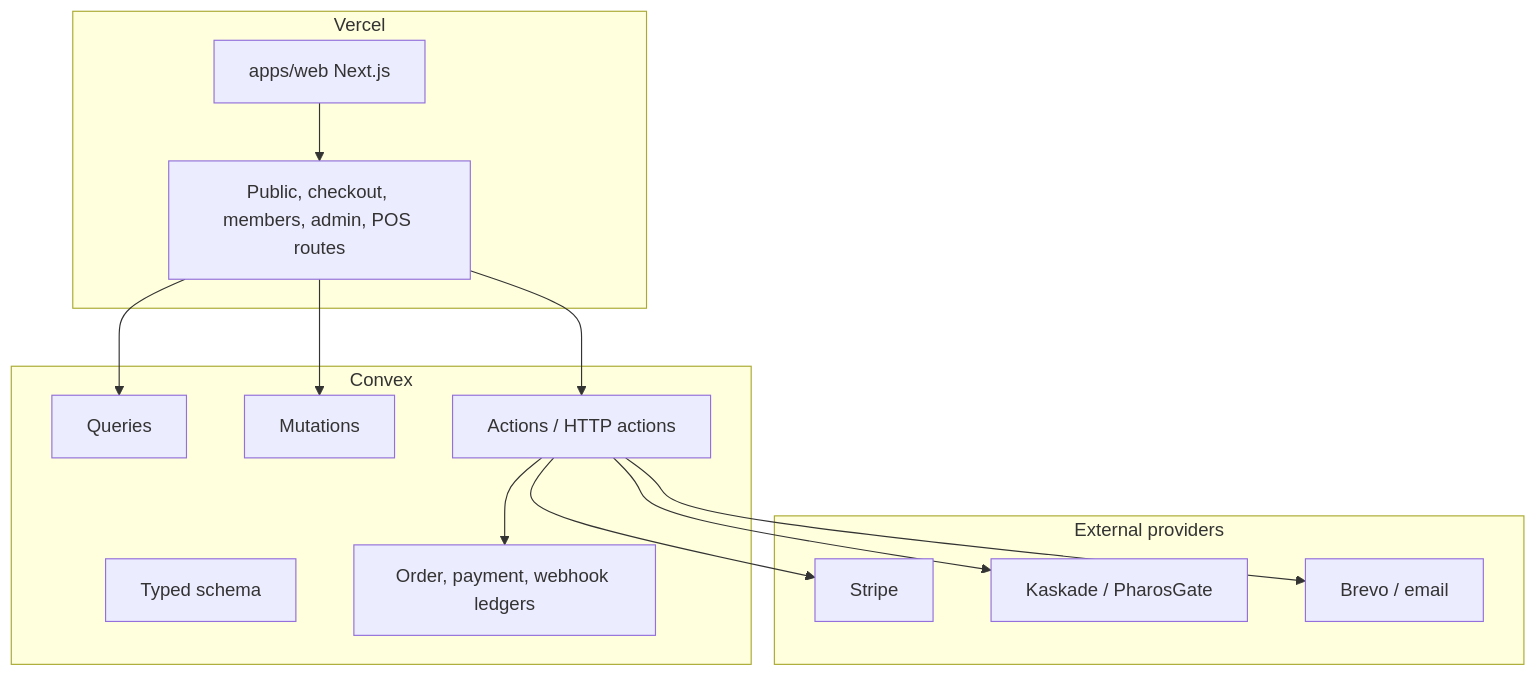
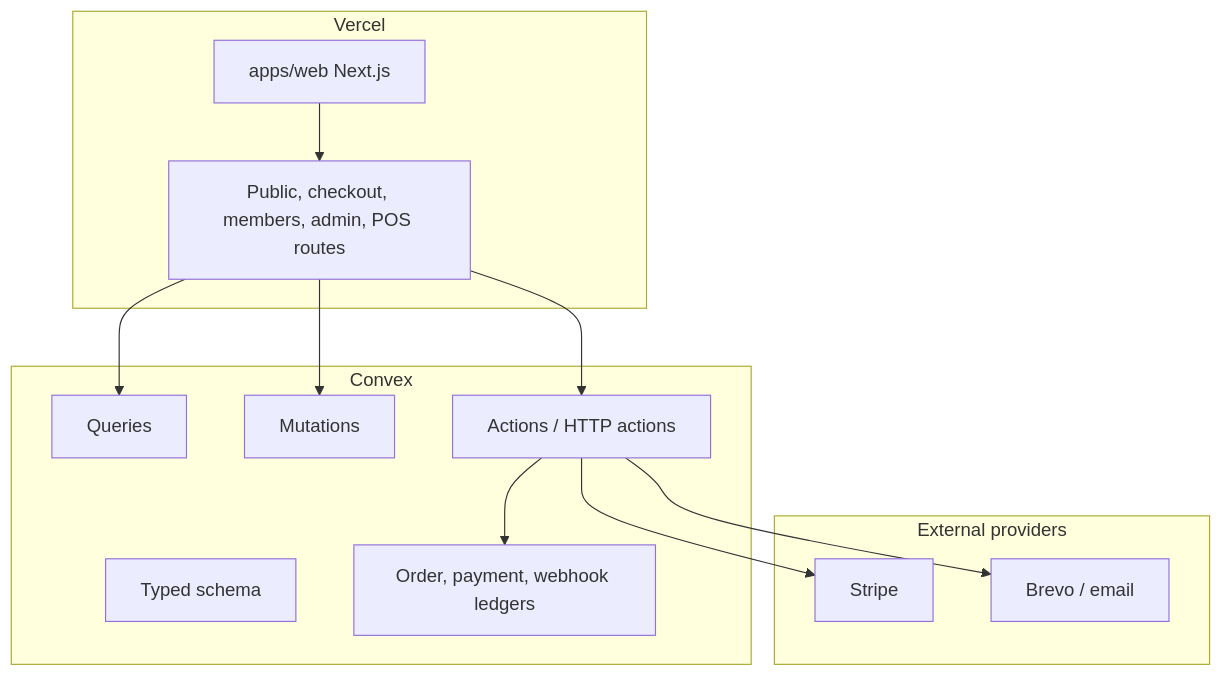
One commit to junyengit/skyla changed the second of 2 diagrams in docs/phase-2-roadmap.md. Above: the diagram before and after it, drawn with Mermaid. The commit also changed other lines of this file and 121 other files, not shown here.

````diff
--- a/docs/phase-2-roadmap.md
+++ b/docs/phase-2-roadmap.md
@@ -78,30 +90,28 @@
 ```mermaid
 flowchart TB
   subgraph vercel["Vercel"]
     web["apps/web Next.js"]
     routes["Public, checkout, members, admin, POS routes"]
   end
 
   subgraph convex["Convex"]
     schema["Typed schema"]
     queries["Queries"]
     mutations["Mutations"]
     actions["Actions / HTTP actions"]
     ledgers["Order, payment, webhook ledgers"]
   end
 
   subgraph providers["External providers"]
     stripe["Stripe"]
-    kaskade["Kaskade / PharosGate"]
     email["Brevo / email"]
   end
 
   web --> routes
   routes --> queries
   routes --> mutations
   routes --> actions
   actions --> stripe
-  actions --> kaskade
   actions --> email
   actions --> ledgers
 ```
````
